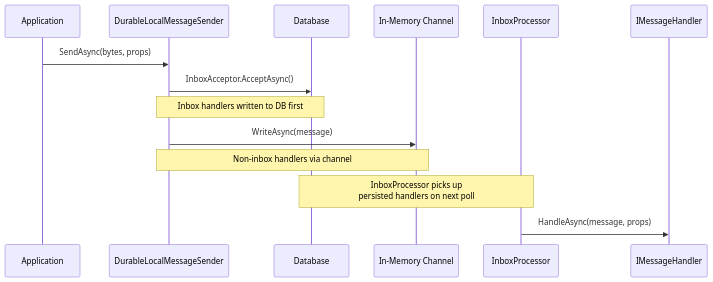
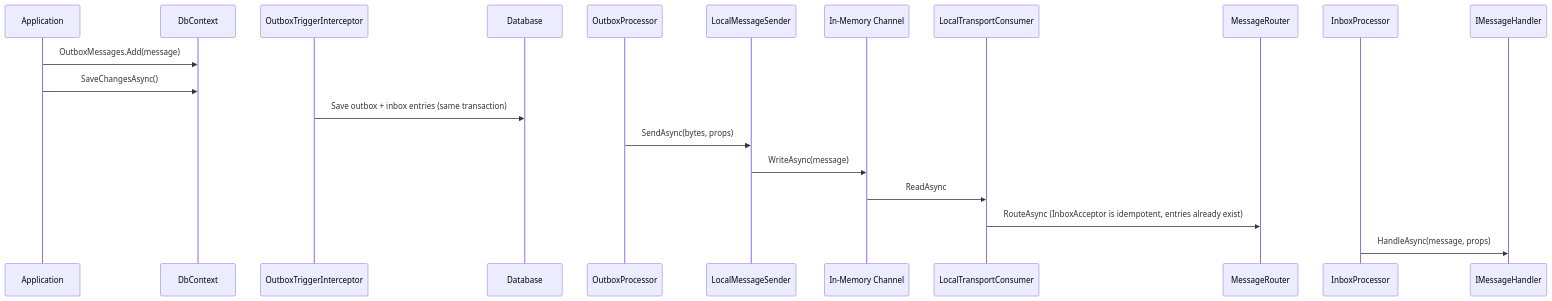
One commit to saithis/Ratatoskr changed the ninth of 9 diagrams in docs/architecture.md. Above: the diagram before and after it, drawn with Mermaid. The commit also changed other lines of this file and 20 other files, not shown here.

````diff
--- a/docs/architecture.md
+++ b/docs/architecture.md
@@ -319,17 +314,23 @@
 ```mermaid
 sequenceDiagram
     participant App as Application
-    participant DLS as DurableLocalMessageSender
+    participant Db as DbContext
+    participant Int as OutboxTriggerInterceptor
     participant DB as Database
+    participant OP as OutboxProcessor
+    participant S as LocalMessageSender
     participant Ch as In-Memory Channel
+    participant C as LocalTransportConsumer
+    participant R as MessageRouter
     participant IP as InboxProcessor
     participant H as IMessageHandler
 
-    App->>DLS: SendAsync(bytes, props)
-    DLS->>DB: InboxAcceptor.AcceptAsync()
-    Note over DLS,DB: Inbox handlers written to DB first
-    DLS->>Ch: WriteAsync(message)
-    Note over DLS,Ch: Non-inbox handlers via channel
-    Note over DB,IP: InboxProcessor picks up<br/>persisted handlers on next poll
+    App->>Db: OutboxMessages.Add(message)
+    App->>Db: SaveChangesAsync()
+    Int->>DB: Save outbox + inbox entries (same transaction)
+    OP->>S: SendAsync(bytes, props)
+    S->>Ch: WriteAsync(message)
+    Ch->>C: ReadAsync
+    C->>R: RouteAsync (InboxAcceptor is idempotent, entries already exist)
     IP->>H: HandleAsync(message, props)
 ```
````
